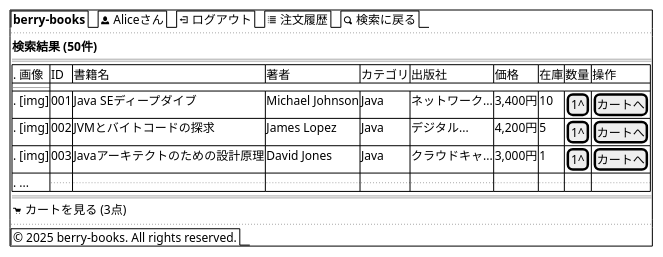
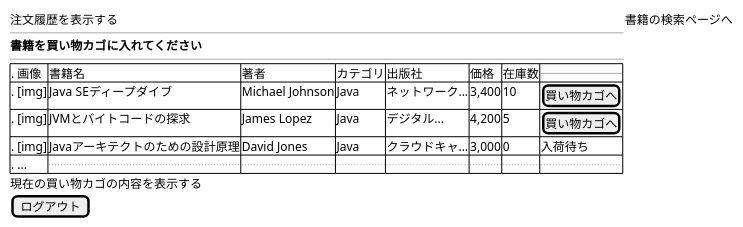
Before and after one commit to KenyaSaitoh/ai_dev_training_202512: the second of 2 diagrams in projects/java/berry-books-mvc-sdd/specs/baseline/features/F_001_book_search/screen_design.md, drawn with PlantUML. The commit also changed other lines of this file and 99 other files, not shown here.

````diff
--- a/projects/java/berry-books-mvc-sdd/specs/baseline/features/F_001_book_search/screen_design.md
+++ b/projects/java/berry-books-mvc-sdd/specs/baseline/features/F_001_book_search/screen_design.md
@@ -81,24 +81,20 @@
 ```plantuml
 @startsalt
-{+
-  {/ <b>berry-books</b> | <&person> Aliceさん | <&account-logout> ログアウト | <&list> 注文履歴 | <&magnifying-glass> 検索に戻る }
-  ..
-  {
-    <b>検索結果 (50件)</b>
-    ==
-    {#
-      . 画像 | ID  | 書籍名                        | 著者            | カテゴリ | 出版社          | 価格    | 在庫 | 数量 | 操作
-      --
-      . [img] | 001 | Java SEディープダイブ          | Michael Johnson | Java    | ネットワーク...  | 3,400円 | 10  | [1^] | [カートへ]
-      . [img] | 002 | JVMとバイトコードの探求         | James Lopez     | Java    | デジタル...     | 4,200円 | 5   | [1^] | [カートへ]
-      . [img] | 003 | Javaアーキテクトのための設計原理 | David Jones     | Java    | クラウドキャ...  | 3,000円 | 1   | [1^] | [カートへ]
-      . ...   | ... | ...                          | ...             | ...     | ...            | ...    | ... | ...  | ...
-    }
-    ==
-    <&cart> カートを見る (3点)
+{
+  注文履歴を表示する | 書籍の検索ページへ
+  --
+  <b>書籍を買い物カゴに入れてください</b>
+  --
+  {#
+    . 画像   | 書籍名                        | 著者            | カテゴリ | 出版社          | 価格   | 在庫数 | 
+    --
+    . [img] | Java SEディープダイブ          | Michael Johnson | Java    | ネットワーク...  | 3,400 | 10    | [買い物カゴへ]
+    . [img] | JVMとバイトコードの探求         | James Lopez     | Java    | デジタル...     | 4,200 | 5     | [買い物カゴへ]
+    . [img] | Javaアーキテクトのための設計原理 | David Jones     | Java    | クラウドキャ...  | 3,000 | 0     | 入荷待ち
+    . ...   | ...                          | ...             | ...     | ...            | ...   | ...   | ...
   }
-  ..
-  {/ © 2025 berry-books. All rights reserved. }
+  現在の買い物カゴの内容を表示する
+  [  ログアウト  ]
 }
 @endsalt
 ```
````
